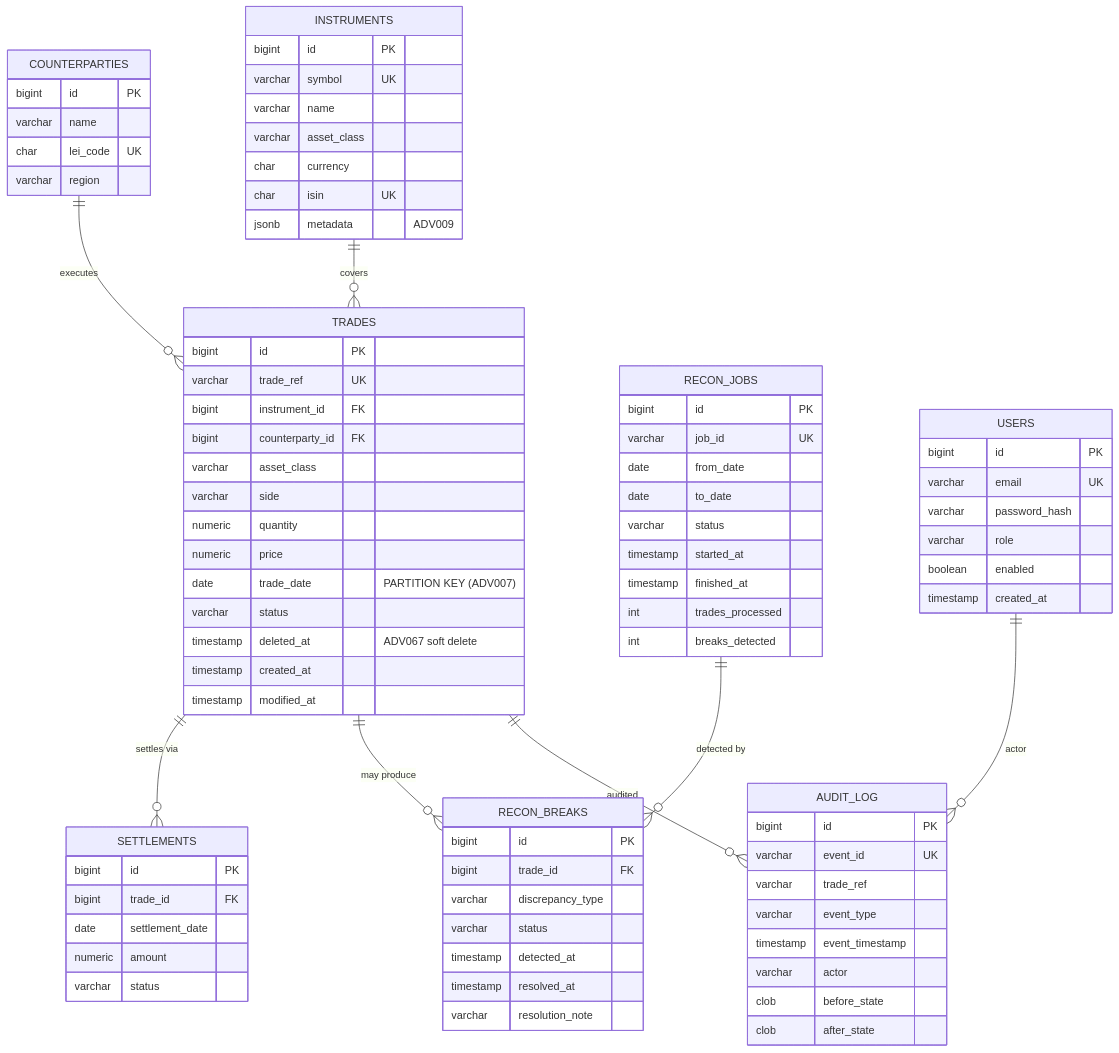
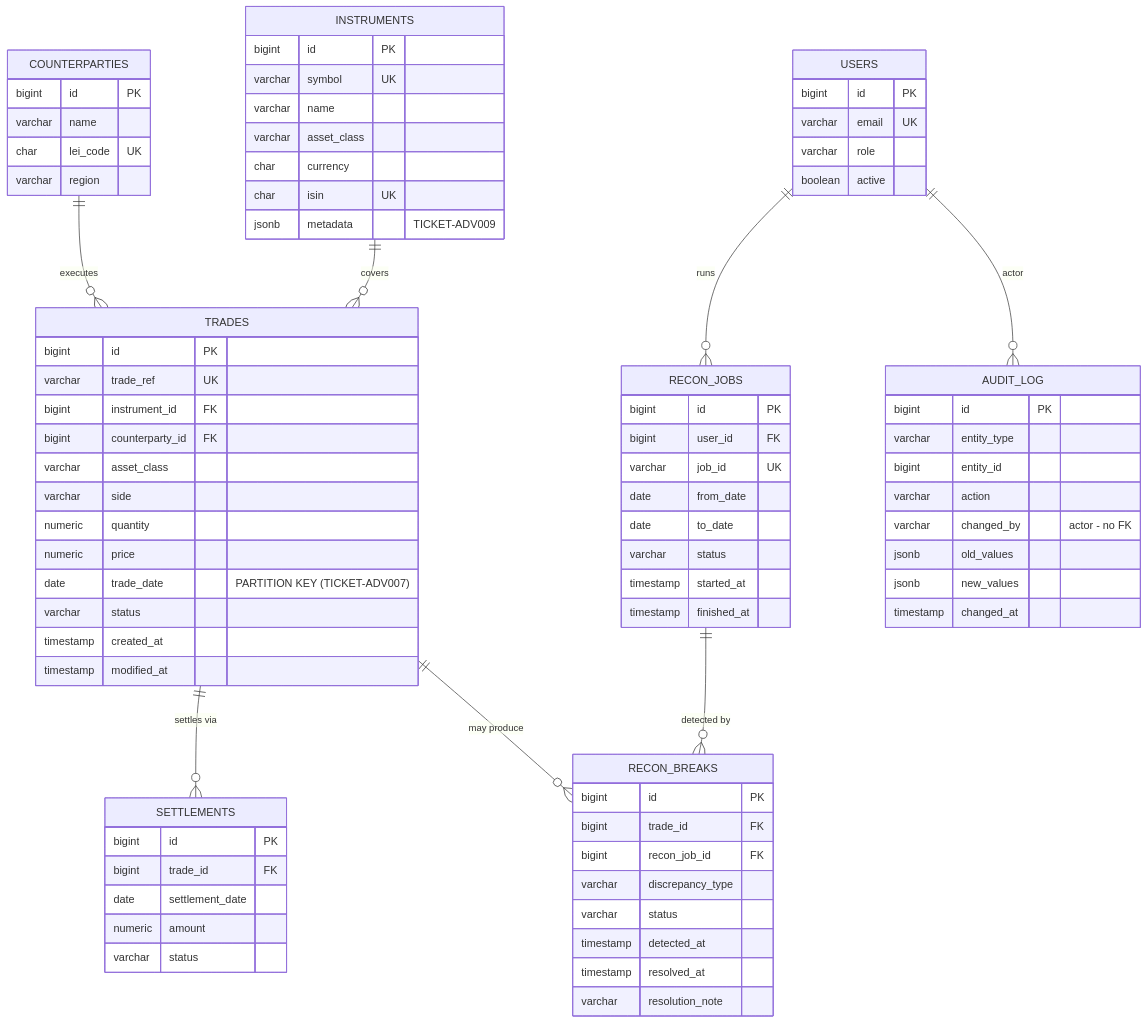
One commit to Aryan-singhal/dbcohort2-Team5 changed the diagram in db/erd.md. Above: the diagram before and after it, drawn with Mermaid. The commit also changed other lines of this file, not shown here.

Commit message:
Update erd.md
ticket 6

````diff
--- a/db/erd.md
+++ b/db/erd.md
@@ -7,8 +7,8 @@
     TRADES         ||--o{ SETTLEMENTS : "settles via"
     TRADES         ||--o{ RECON_BREAKS : "may produce"
     RECON_JOBS     ||--o{ RECON_BREAKS : "detected by"
+    USERS          ||--o{ RECON_JOBS : "runs"
     USERS          ||--o{ AUDIT_LOG : "actor"
-    TRADES         ||--o{ AUDIT_LOG : "audited"
 
     COUNTERPARTIES {
         bigint id PK
@@ -24,7 +24,14 @@
         varchar asset_class
         char currency
         char isin UK
-        jsonb metadata "ADV009"
+        jsonb metadata "TICKET-ADV009"
+    }
+
+    USERS {
+        bigint id PK
+        varchar email UK
+        varchar role
+        boolean active
     }
 
     TRADES {
@@ -36,9 +43,8 @@
         varchar side
         numeric quantity
         numeric price
-        date trade_date "PARTITION KEY (ADV007)"
+        date trade_date "PARTITION KEY (TICKET-ADV007)"
         varchar status
-        timestamp deleted_at "ADV067 soft delete"
         timestamp created_at
         timestamp modified_at
     }
@@ -51,9 +57,21 @@
         varchar status
     }
 
+    RECON_JOBS {
+        bigint id PK
+        bigint user_id FK
+        varchar job_id UK
+        date from_date
+        date to_date
+        varchar status
+        timestamp started_at
+        timestamp finished_at
+    }
+
     RECON_BREAKS {
         bigint id PK
         bigint trade_id FK
+        bigint recon_job_id FK
         varchar discrepancy_type
         varchar status
         timestamp detected_at
@@ -61,35 +79,14 @@
         varchar resolution_note
     }
 
-    RECON_JOBS {
-        bigint id PK
-        varchar job_id UK
-        date from_date
-        date to_date
-        varchar status
-        timestamp started_at
-        timestamp finished_at
-        int trades_processed
-        int breaks_detected
-    }
-
     AUDIT_LOG {
         bigint id PK
-        varchar event_id UK
-        varchar trade_ref
-        varchar event_type
-        timestamp event_timestamp
-        varchar actor
-        clob before_state
-        clob after_state
-    }
-
-    USERS {
-        bigint id PK
-        varchar email UK
-        varchar password_hash
-        varchar role
-        boolean enabled
-        timestamp created_at
+        varchar entity_type
+        bigint entity_id
+        varchar action
+        varchar changed_by "actor - no FK"
+        jsonb old_values
+        jsonb new_values
+        timestamp changed_at
     }
 ```
````
